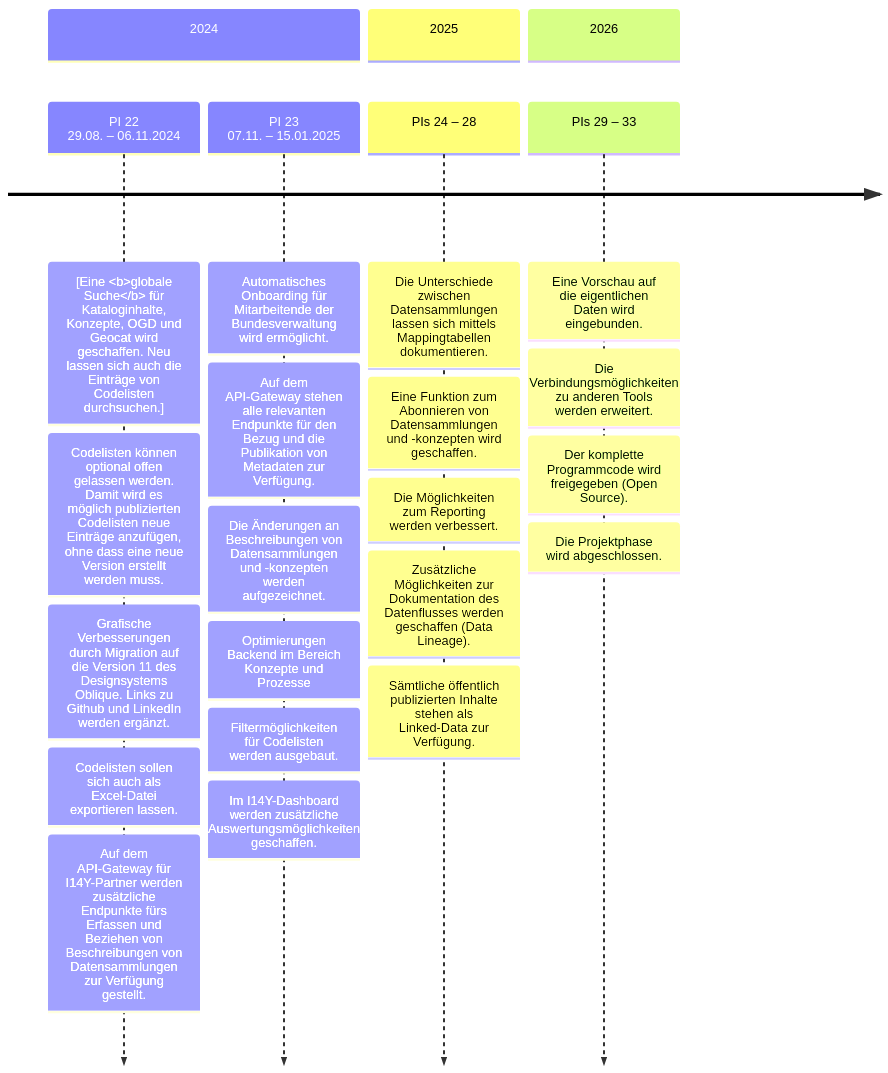
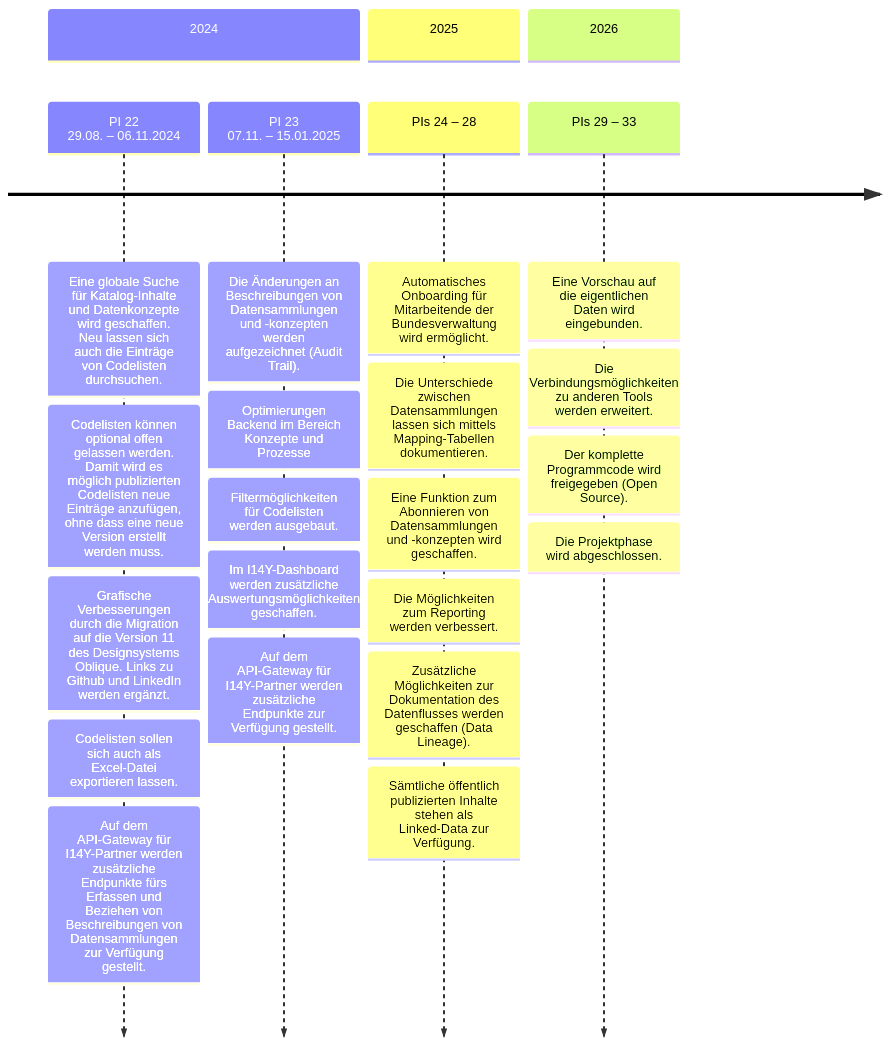
One commit to I14Y-ch/handbook changed the diagram in content/de/2_rollen_prozesse/4_roadmap.md. Above: the diagram before and after it, drawn with Mermaid. The commit also changed other lines of this file, not shown here.

````diff
--- a/content/de/2_rollen_prozesse/4_roadmap.md
+++ b/content/de/2_rollen_prozesse/4_roadmap.md
@@ -21,30 +21,30 @@
 ```mermaid
 timeline
     section 2024
         PI 22<br>29.08. – 06.11.2024
-            : [Eine <b>globale Suche</b> für Kataloginhalte, Konzepte, OGD und Geocat wird geschaffen. Neu lassen sich auch die Einträge von Codelisten durchsuchen.] 
+            : Eine globale Suche für Katalog-Inhalte und Datenkonzepte wird geschaffen. Neu lassen sich auch die Einträge von Codelisten durchsuchen. 
             : Codelisten können optional offen gelassen werden. Damit wird es möglich publizierten Codelisten neue Einträge anzufügen, ohne dass eine neue Version erstellt werden muss.
-            : Grafische Verbesserungen durch Migration auf die Version 11 des Designsystems Oblique. Links zu Github und LinkedIn werden ergänzt. 
+            : Grafische Verbesserungen durch die Migration auf die Version 11 des Designsystems Oblique. Links zu Github und LinkedIn werden ergänzt. 
             : Codelisten sollen sich auch als Excel-Datei exportieren lassen.
             : Auf dem API-Gateway für I14Y-Partner werden zusätzliche Endpunkte fürs Erfassen und Beziehen von Beschreibungen von Datensammlungen zur Verfügung gestellt.
         PI 23<br>07.11. – 15.01.2025
-            : Automatisches Onboarding für Mitarbeitende der Bundesverwaltung wird ermöglicht.
-            : Auf dem API-Gateway stehen alle relevanten Endpunkte für den Bezug und die Publikation von Metadaten zur Verfügung.
-            : Die Änderungen an Beschreibungen von Datensammlungen und -konzepten werden aufgezeichnet.
+            : Die Änderungen an Beschreibungen von Datensammlungen und -konzepten werden aufgezeichnet (Audit Trail).
             : Optimierungen Backend im Bereich Konzepte und Prozesse
             : Filtermöglichkeiten für Codelisten werden ausgebaut.
             : Im I14Y-Dashboard werden zusätzliche Auswertungsmöglichkeiten geschaffen.
+            : Auf dem API-Gateway für I14Y-Partner werden zusätzliche Endpunkte zur Verfügung gestellt.
     section 2025
         PIs 24 – 28
-            : Die Unterschiede zwischen Datensammlungen lassen sich mittels Mappingtabellen dokumentieren. 
+            : Automatisches Onboarding für Mitarbeitende der Bundesverwaltung wird ermöglicht.
+            : Die Unterschiede zwischen Datensammlungen lassen sich mittels Mapping-Tabellen dokumentieren. 
             : Eine Funktion zum Abonnieren von Datensammlungen und -konzepten wird geschaffen.
             : Die Möglichkeiten zum Reporting werden verbessert.
             : Zusätzliche Möglichkeiten zur Dokumentation des Datenflusses werden geschaffen (Data Lineage).
             : Sämtliche öffentlich publizierten Inhalte stehen als Linked-Data zur Verfügung.
     section 2026      
         PIs 29 – 33
             : Eine Vorschau auf die eigentlichen Daten wird eingebunden.
             : Die Verbindungsmöglichkeiten zu anderen Tools werden erweitert.
             : Der komplette Programmcode wird freigegeben (Open Source).
             : Die Projektphase wird abgeschlossen. 
 ```
````
